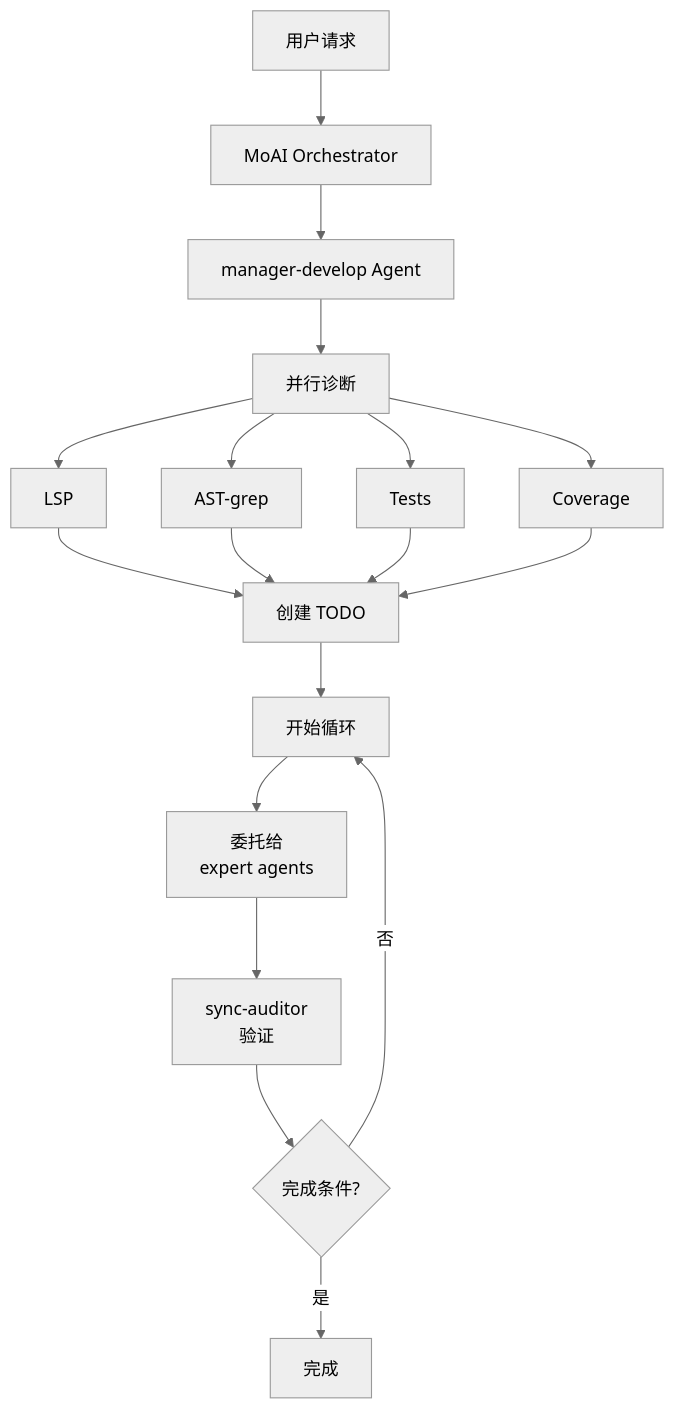
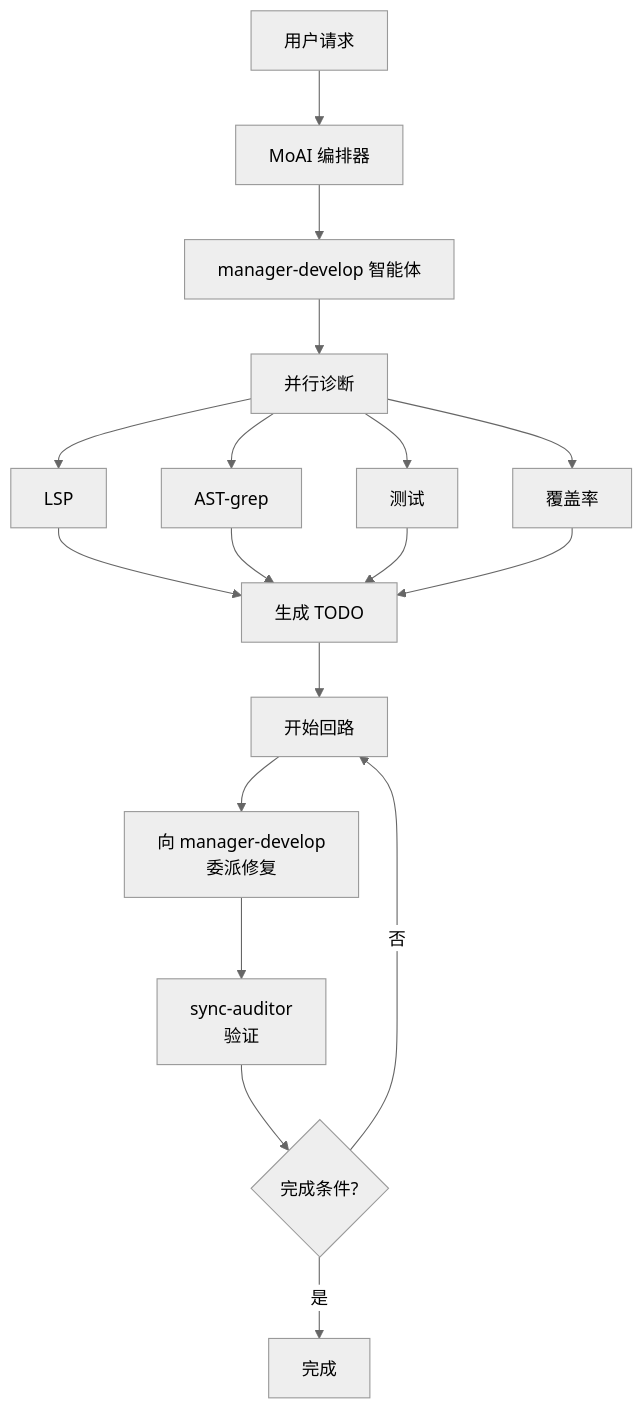
One commit to modu-ai/moai-adk changed the fourth of 4 diagrams in docs-site/content/zh/utility-commands/moai-loop.md. Above: the diagram before and after it, drawn with Mermaid (neutral theme). The commit also changed other lines of this file and 395 other files, not shown here.

````diff
--- a/docs-site/content/zh/utility-commands/moai-loop.md
+++ b/docs-site/content/zh/utility-commands/moai-loop.md
@@ -199,25 +223,25 @@
 ```mermaid
 flowchart TD
-    User["用户请求"] --> Orchestrator["MoAI Orchestrator"]
-    Orchestrator --> ManagerDDD["manager-develop Agent"]
+    User["用户请求"] --> Orchestrator["MoAI 编排器"]
+    Orchestrator --> ManagerDDD["manager-develop 智能体"]
 
     ManagerDDD --> Diagnose["并行诊断"]
     Diagnose --> LSP["LSP"]
     Diagnose --> AST["AST-grep"]
-    Diagnose --> Test["Tests"]
-    Diagnose --> Cov["Coverage"]
+    Diagnose --> Test["测试"]
+    Diagnose --> Cov["覆盖率"]
 
-    LSP --> Todo["创建 TODO"]
+    LSP --> Todo["生成 TODO"]
     AST --> Todo
     Test --> Todo
     Cov --> Todo
 
-    Todo --> Loop["开始循环"]
+    Todo --> Loop["开始回路"]
 
-    Loop --> Fix["委托给<br/>expert agents"]
+    Loop --> Fix["向 manager-develop<br/>委派修复"]
     Fix --> Verify["sync-auditor<br/>验证"]
 
     Verify --> Complete{"完成条件?"}
     Complete -->|否| Loop
     Complete -->|是| Done["完成"]
 ```
````
